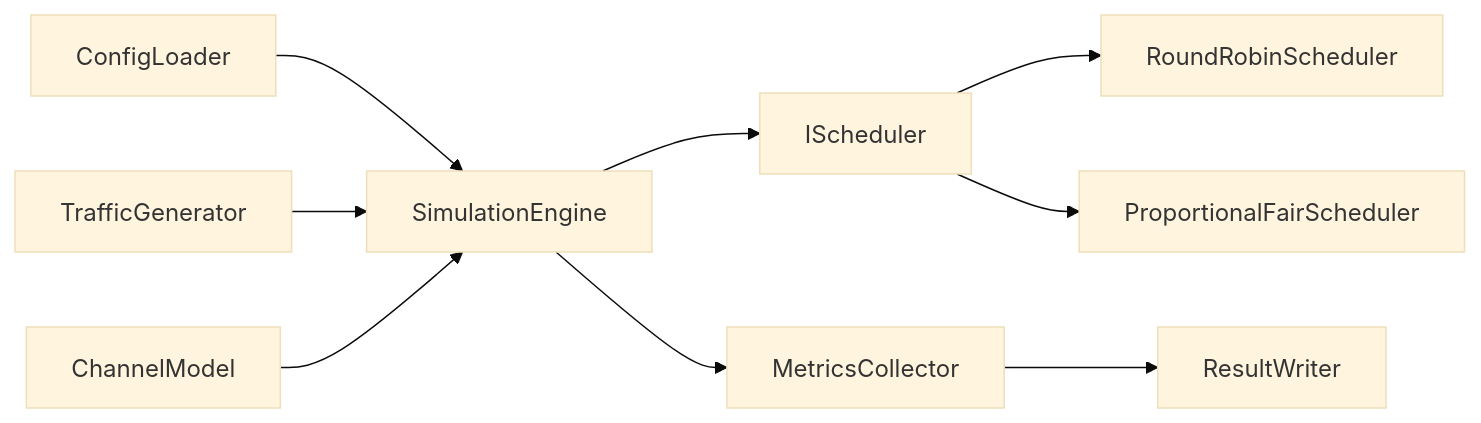
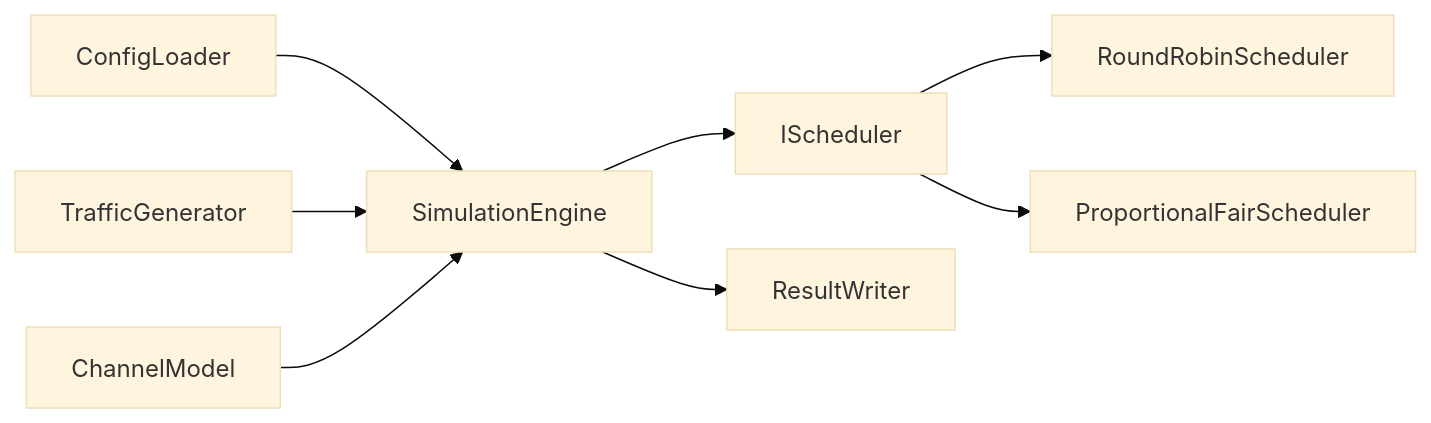
The diagram in README.md (srikar0313/5g-ran-scheduler-simulator), drawn with Mermaid (base theme) before and after one commit. The commit also changed other lines of this file and 15 other files, not shown here.

Commit message:
feat: add simulation engine and result reporting

````diff
--- a/README.md
+++ b/README.md
@@ -155,11 +199,10 @@
 ```mermaid
 flowchart LR
     ConfigLoader --> SimulationEngine
     TrafficGenerator --> SimulationEngine
     ChannelModel --> SimulationEngine
     SimulationEngine --> IScheduler
     IScheduler --> RoundRobinScheduler
     IScheduler --> ProportionalFairScheduler
-    SimulationEngine --> MetricsCollector
-    MetricsCollector --> ResultWriter
+    SimulationEngine --> ResultWriter
 ```
````
